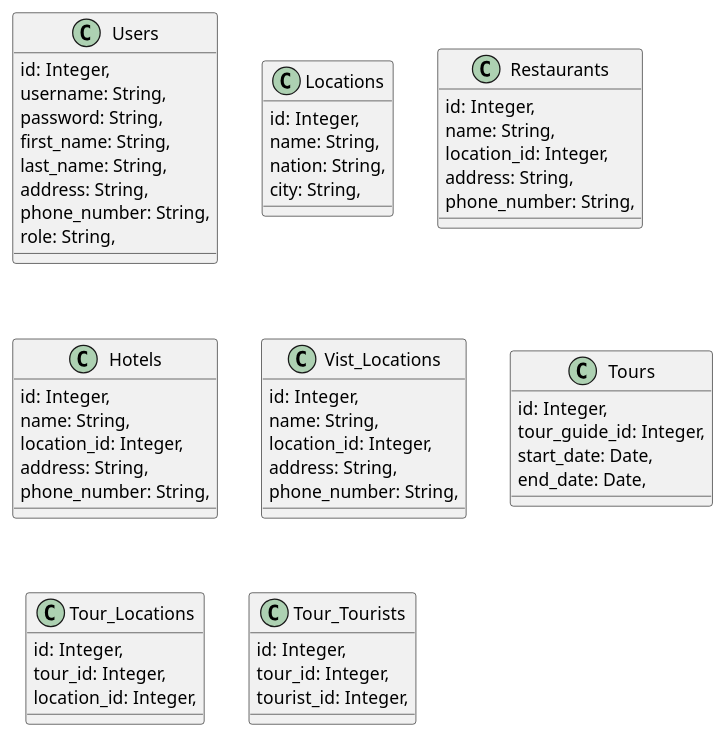
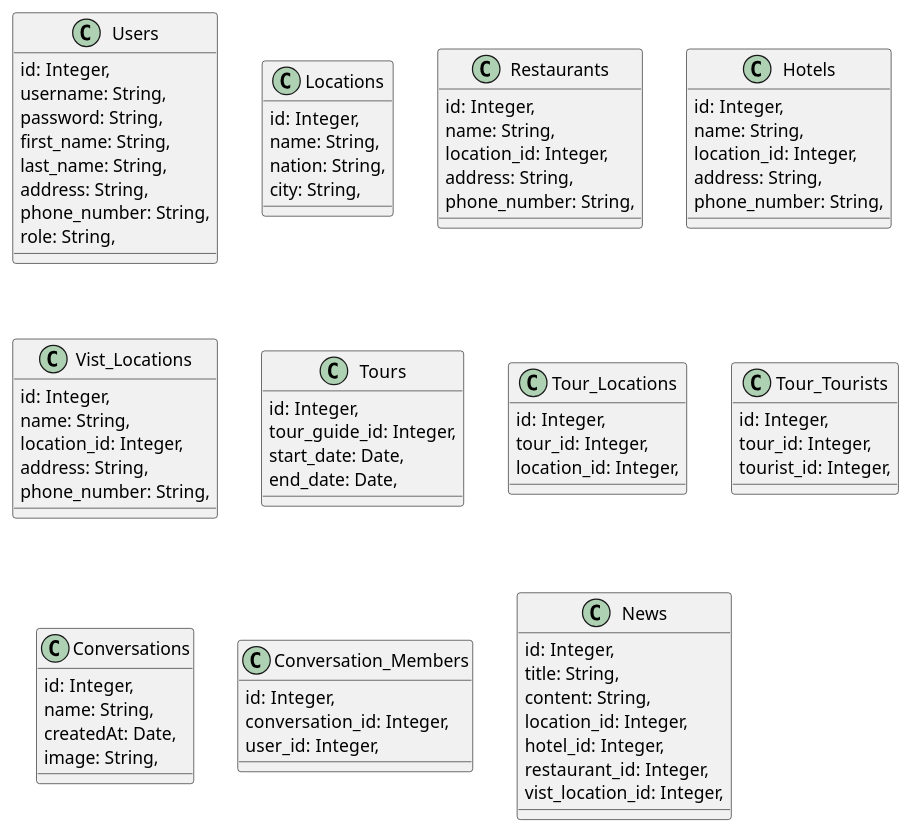
The diagram in lab1.2/class_diagram.plantuml (Khoitran0205/SE357-Pratice-class), drawn with PlantUML before and after one commit.

Commit message:
update lab 1.2

```diff
--- a/lab1.2/class_diagram.plantuml
+++ b/lab1.2/class_diagram.plantuml
@@ -1,64 +1,87 @@
 @startuml Lab1.2_class_diagram
 
 class Users {
     id: Integer,
     username: String,
     password: String,
     first_name: String,
     last_name: String,
     address: String,
     phone_number: String,
     role: String,
 }
 
 class Locations {
     id: Integer,
     name: String,
     nation: String,
     city: String,
 }
 
 class Restaurants {
     id: Integer,
     name: String,
     location_id: Integer,
     address: String,
     phone_number: String,
 }
 
 class Hotels {
     id: Integer,
     name: String,
     location_id: Integer,
     address: String,
     phone_number: String,
 }
 
 class Vist_Locations {
     id: Integer,
     name: String,
     location_id: Integer,
     address: String,
     phone_number: String,
 }
 
 class Tours {
     id: Integer,
     tour_guide_id: Integer,
     start_date: Date,
     end_date: Date,
 }
 
 class Tour_Locations {
     id: Integer,
     tour_id: Integer,
     location_id: Integer,
 }
 
 class Tour_Tourists {
     id: Integer,
     tour_id: Integer,
     tourist_id: Integer,
 }
 
+class Conversations {
+    id: Integer,
+    name: String,
+    createdAt: Date,
+    image: String,
+}
+
+class Conversation_Members {
+    id: Integer,
+    conversation_id: Integer,
+    user_id: Integer,
+}
+
+class News {
+    id: Integer,
+    title: String,
+    content: String,
+    location_id: Integer,
+    hotel_id: Integer,
+    restaurant_id: Integer,
+    vist_location_id: Integer,
+}
+
 @enduml
```
